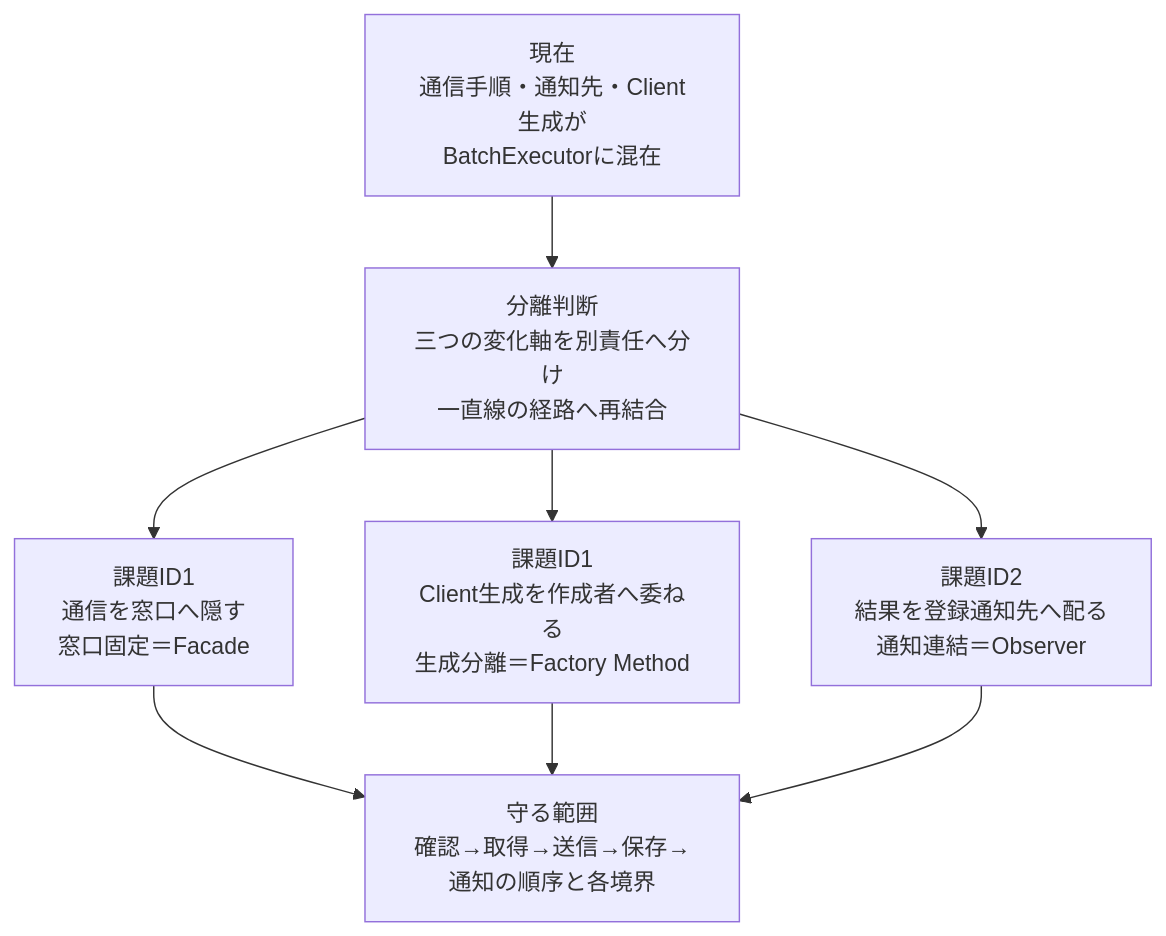
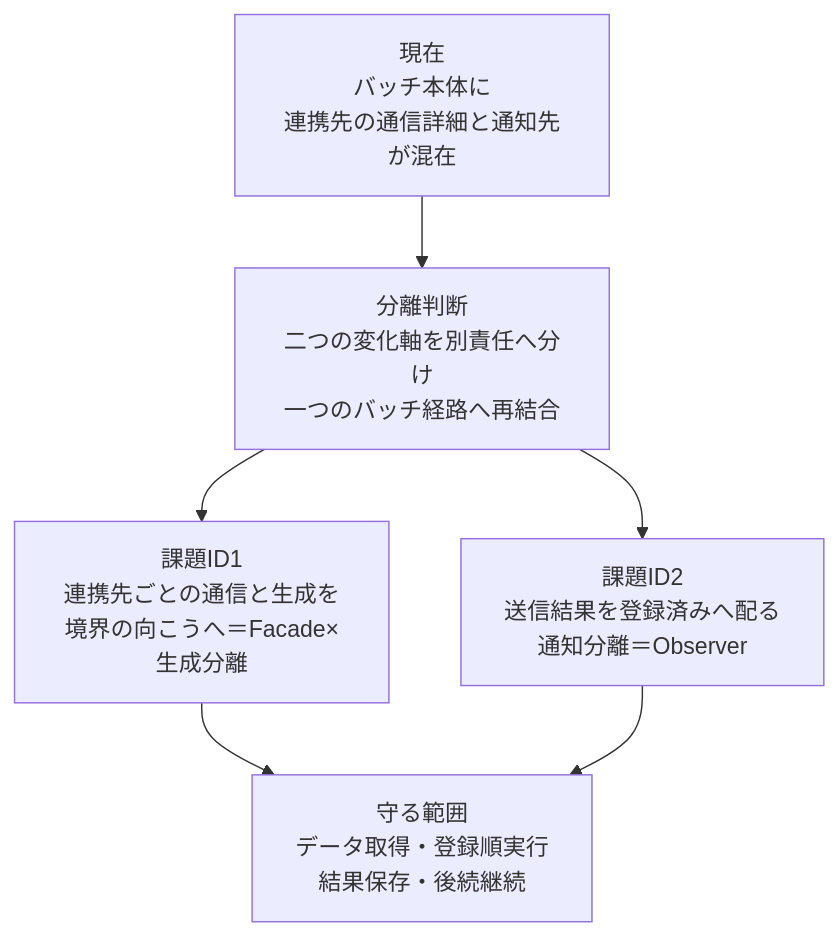
One commit to kumachan1101-pixel/DesignPattern changed the sixth of 16 diagrams in kindle/design-patterns/output/chapter10.md. Above: the diagram before and after it, drawn with Mermaid. The commit also changed other lines of this file, not shown here.

````diff
--- a/kindle/design-patterns/output/chapter10.md
+++ b/kindle/design-patterns/output/chapter10.md
@@ -1529,10 +1529,8 @@
 ```mermaid
 flowchart TB
-    A[現在<br/>通信手順・通知先・Client生成が<br/>BatchExecutorに混在] --> B[分離判断<br/>三つの変化軸を別責任へ分け<br/>一直線の経路へ再結合]
-    B --> C[課題ID1<br/>通信を窓口へ隠す<br/>窓口固定＝Facade]
-    B --> D[課題ID1<br/>Client生成を作成者へ委ねる<br/>生成分離＝Factory Method]
-    B --> E[課題ID2<br/>結果を登録通知先へ配る<br/>通知連結＝Observer]
-    C --> F[守る範囲<br/>確認→取得→送信→保存→通知の順序と各境界]
-    D --> F
-    E --> F
+    A[現在<br/>バッチ本体に<br/>連携先の通信詳細と通知先が混在] --> B[分離判断<br/>二つの変化軸を別責任へ分け<br/>一つのバッチ経路へ再結合]
+    B --> C[課題ID1<br/>連携先ごとの通信と生成を<br/>境界の向こうへ＝Facade×生成分離]
+    B --> D[課題ID2<br/>送信結果を登録済みへ配る<br/>通知分離＝Observer]
+    C --> E[守る範囲<br/>データ取得・登録順実行<br/>結果保存・後続継続]
+    D --> E
 ```
````
